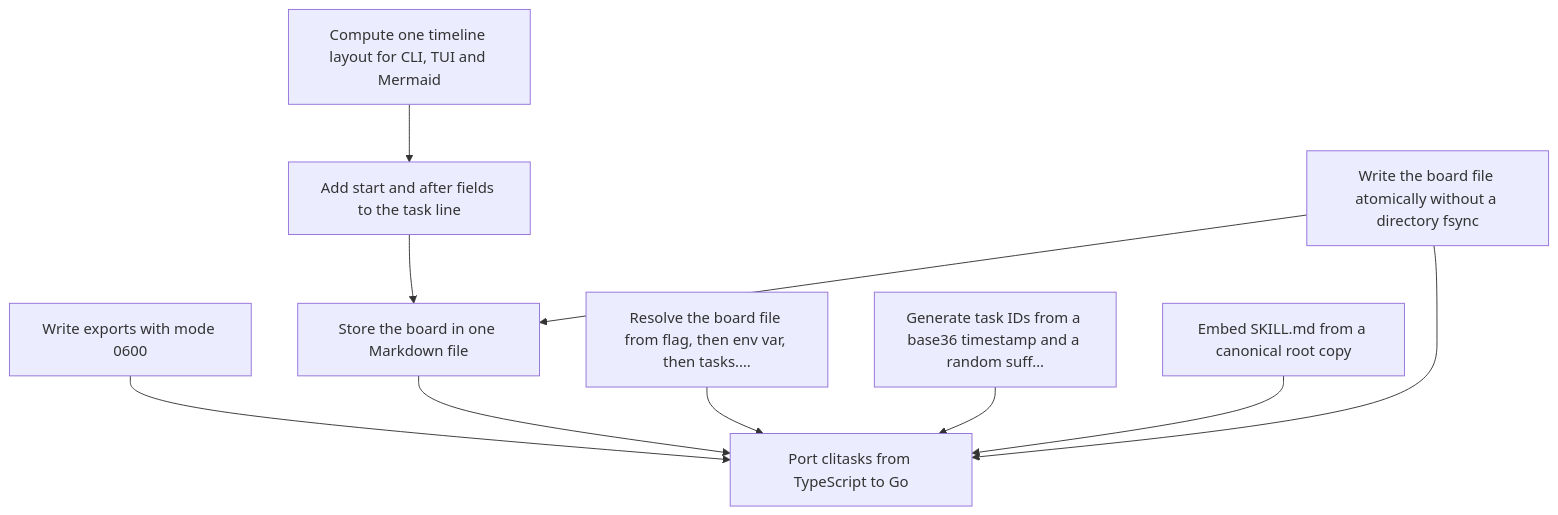
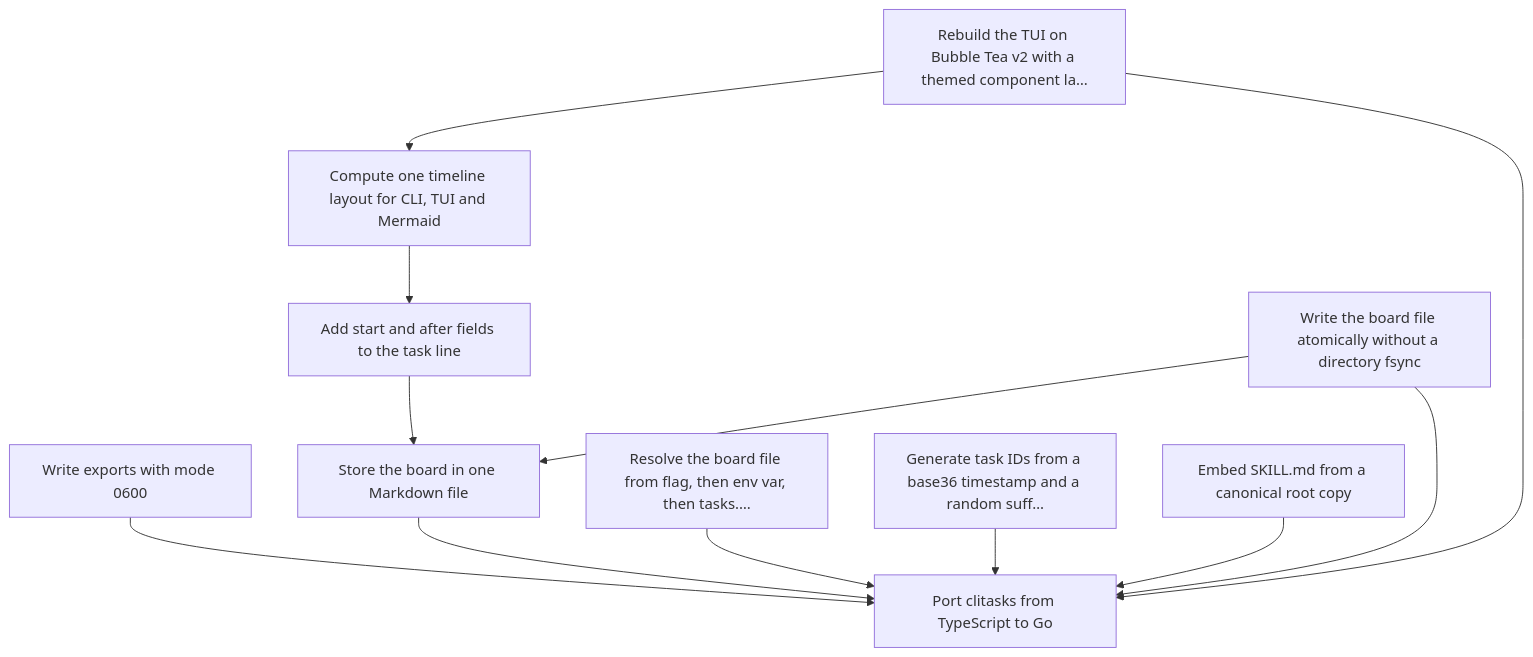
One commit to GuitarWag/clitasks changed the diagram in docs/adr/README.md. Above: the diagram before and after it, drawn with Mermaid. The commit also changed other lines of this file and 2 other files, not shown here.

Commit message:
docs: plan the TUI and CLI UI redesign
Record the move to Bubble Tea v2 with a themed component layer as a
proposed decision, with mockups and slices, before any code changes.

````diff
--- a/docs/adr/README.md
+++ b/docs/adr/README.md
@@ -19,21 +20,24 @@
 ```mermaid
 graph TD
-  n0["Compute one timeline layout for CLI, TUI and Mermaid"]
-  n1["Add start and after fields to the task line"]
-  n2["Write the board file atomically without a directory fsync"]
-  n3["Write exports with mode 0600"]
-  n4["Store the board in one Markdown file"]
-  n5["Resolve the board file from flag, then env var, then tasks.…"]
-  n6["Generate task IDs from a base36 timestamp and a random suff…"]
-  n7["Embed SKILL.md from a canonical root copy"]
-  n8["Port clitasks from TypeScript to Go"]
+  n0["Rebuild the TUI on Bubble Tea v2 with a themed component la…"]
+  n1["Compute one timeline layout for CLI, TUI and Mermaid"]
+  n2["Add start and after fields to the task line"]
+  n3["Write the board file atomically without a directory fsync"]
+  n4["Write exports with mode 0600"]
+  n5["Store the board in one Markdown file"]
+  n6["Resolve the board file from flag, then env var, then tasks.…"]
+  n7["Generate task IDs from a base36 timestamp and a random suff…"]
+  n8["Embed SKILL.md from a canonical root copy"]
+  n9["Port clitasks from TypeScript to Go"]
   n0 --> n1
-  n1 --> n4
-  n2 --> n4
-  n2 --> n8
-  n3 --> n8
-  n4 --> n8
-  n5 --> n8
-  n6 --> n8
-  n7 --> n8
+  n0 --> n9
+  n1 --> n2
+  n2 --> n5
+  n3 --> n5
+  n3 --> n9
+  n4 --> n9
+  n5 --> n9
+  n6 --> n9
+  n7 --> n9
+  n8 --> n9
 ```
````
